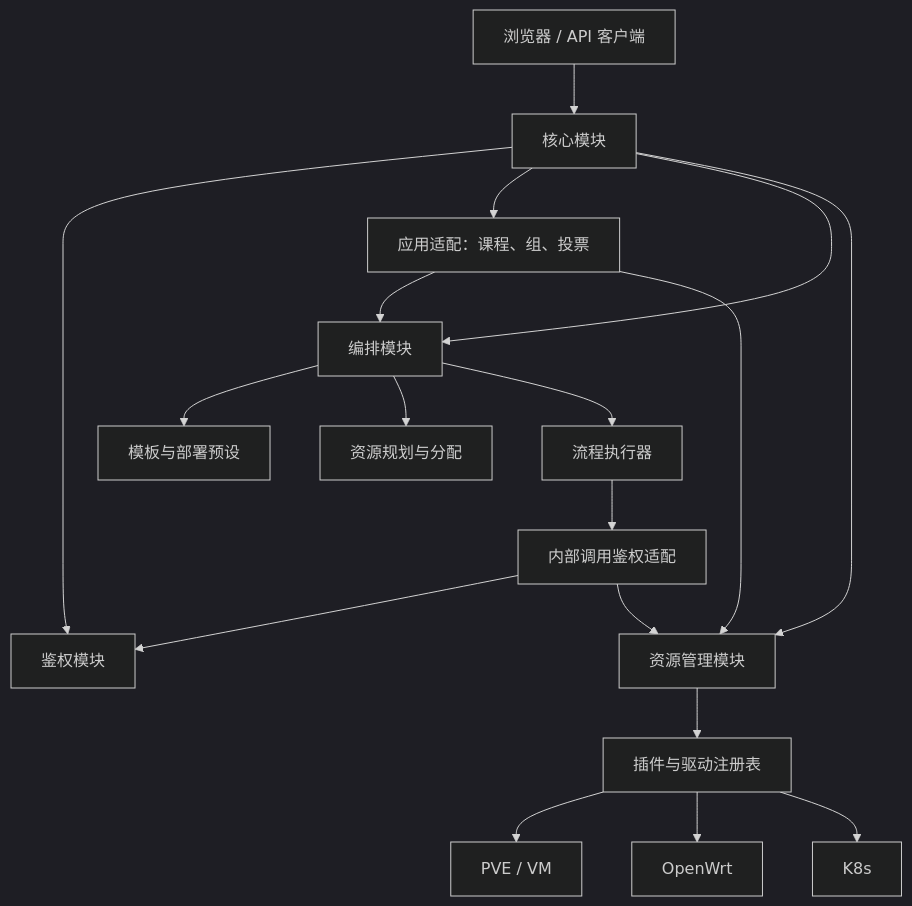
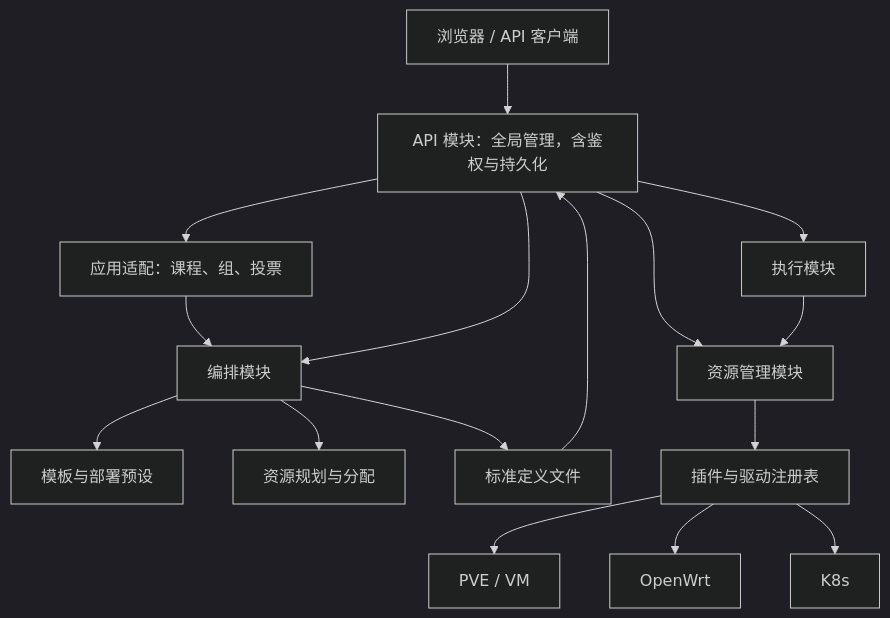
Before and after one commit to bjx8970/k8s-lab-platform: the first of 2 diagrams in docs/platform-design/architecture.md, drawn with Mermaid (dark theme). The commit also changed other lines of this file and 76 other files, not shown here.

````diff
--- a/docs/platform-design/architecture.md
+++ b/docs/platform-design/architecture.md
@@ -15,20 +15,18 @@
 ```mermaid
 flowchart TD
-    Client[浏览器 / API 客户端] --> Core[核心模块]
-    Core --> Auth[鉴权模块]
-    Core --> App[应用适配：课程、组、投票]
+    Client[浏览器 / API 客户端] --> API[API 模块：全局管理，含鉴权与持久化]
+    API --> App[应用适配：课程、组、投票]
     App --> Orch[编排模块]
-    App --> Resources[资源管理模块]
-    Core --> Orch
-    Core --> Resources
+    API --> Orch
+    API --> Exec[执行模块]
+    API --> Resources[资源管理模块]
     Orch --> Catalog[模板与部署预设]
     Orch --> Planner[资源规划与分配]
-    Orch --> Executor[流程执行器]
-    Executor --> Adapter[内部调用鉴权适配]
-    Adapter --> Auth
-    Adapter --> Resources
+    Orch --> Definition[标准定义文件]
+    Definition --> API
+    Exec --> Resources
     Resources --> Registry[插件与驱动注册表]
     Registry --> PVE[PVE / VM]
     Registry --> OW[OpenWrt]
     Registry --> K8s[K8s]
 ```
````
